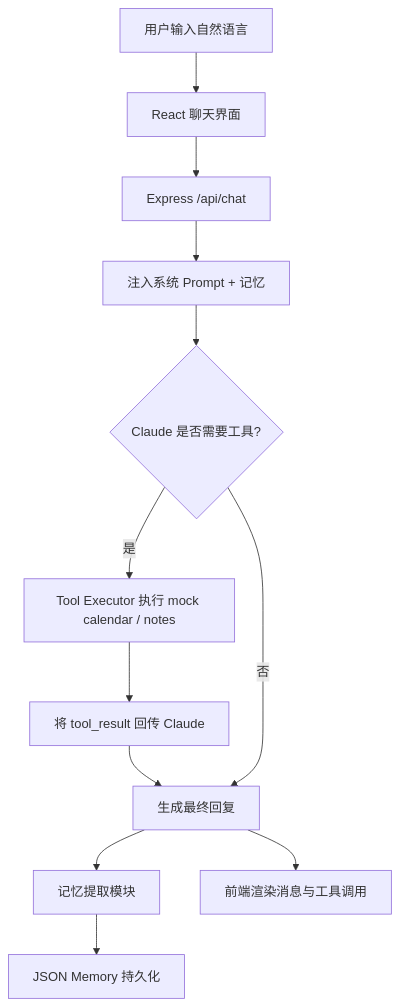
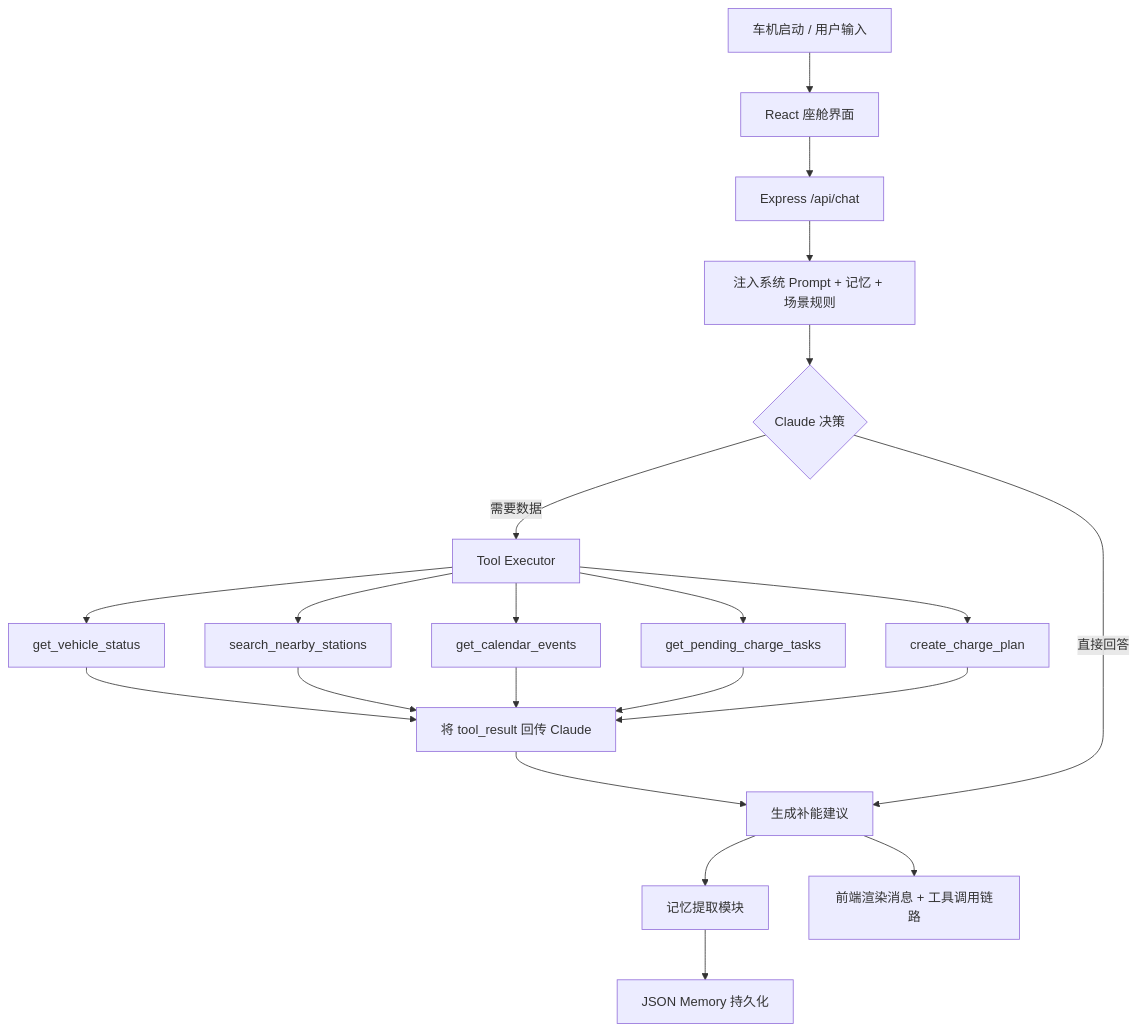
One commit to ChloeXue00/chargeflow-agent changed the diagram in docs/PRD.md. Above: the diagram before and after it, drawn with Mermaid. The commit also changed other lines of this file and 23 other files, not shown here.

````diff
--- a/docs/PRD.md
+++ b/docs/PRD.md
@@ -33,14 +60,19 @@
 ```mermaid
 flowchart TD
-  A[用户输入自然语言] --> B[React 聊天界面]
+  A[车机启动 / 用户输入] --> B[React 座舱界面]
   B --> C[Express /api/chat]
-  C --> D[注入系统 Prompt + 记忆]
-  D --> E{Claude 是否需要工具?}
-  E -- 是 --> F[Tool Executor 执行 mock calendar / notes]
-  F --> G[将 tool_result 回传 Claude]
-  G --> H[生成最终回复]
-  E -- 否 --> H
+  C --> D[注入系统 Prompt + 记忆 + 场景规则]
+  D --> E{Claude 决策}
+  E -- 需要数据 --> F[Tool Executor]
+  F --> F1[get_vehicle_status]
+  F --> F2[search_nearby_stations]
+  F --> F3[get_calendar_events]
+  F --> F4[get_pending_charge_tasks]
+  F --> F5[create_charge_plan]
+  F1 & F2 & F3 & F4 & F5 --> G[将 tool_result 回传 Claude]
+  G --> H[生成补能建议]
+  E -- 直接回答 --> H
   H --> I[记忆提取模块]
   I --> J[JSON Memory 持久化]
-  H --> K[前端渲染消息与工具调用]
+  H --> K[前端渲染消息 + 工具调用链路]
 ```
````
